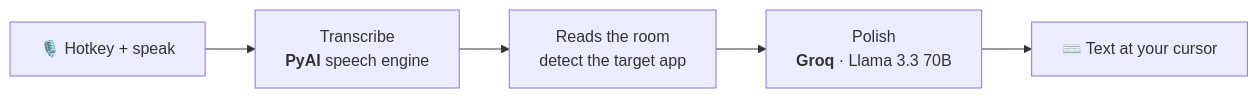
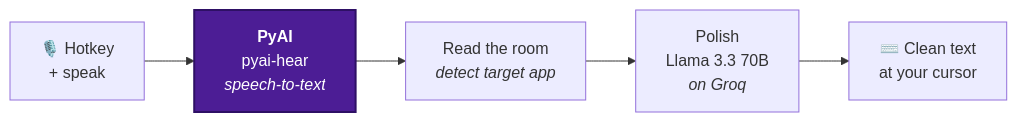
Before and after one commit to prateekjain98/pyper: the first of 2 diagrams in README.md, drawn with Mermaid. The commit also changed other lines of this file and 12 other files, not shown here.

````diff
--- a/README.md
+++ b/README.md
@@ -16,7 +86,12 @@
 ```mermaid
 flowchart LR
-    A["🎙️  Hotkey + speak"] --> B["Transcribe<br/><b>PyAI</b> speech engine"]
-    B --> C["Reads the room<br/>detect the target app"]
-    C --> D["Polish<br/><b>Groq</b> · Llama 3.3 70B"]
-    D --> E["⌨️  Text at your cursor"]
+    A["🎙️ Hotkey<br/>+ speak"] --> B["<b>PyAI</b><br/>pyai-hear<br/><i>speech-to-text</i>"]
+    B --> C["Read the room<br/><i>detect target app</i>"]
+    C --> D["Polish<br/>Llama 3.3 70B<br/><i>on Groq</i>"]
+    D --> E["⌨️ Clean text<br/>at your cursor"]
+
+    %% Only the primary engine is accented; every other node inherits GitHub's
+    %% light/dark mermaid theme. #4c1d95 + white text is legible in both.
+    classDef primary fill:#4c1d95,stroke:#2e1065,color:#ffffff,stroke-width:2px;
+    class B primary;
 ```
````
